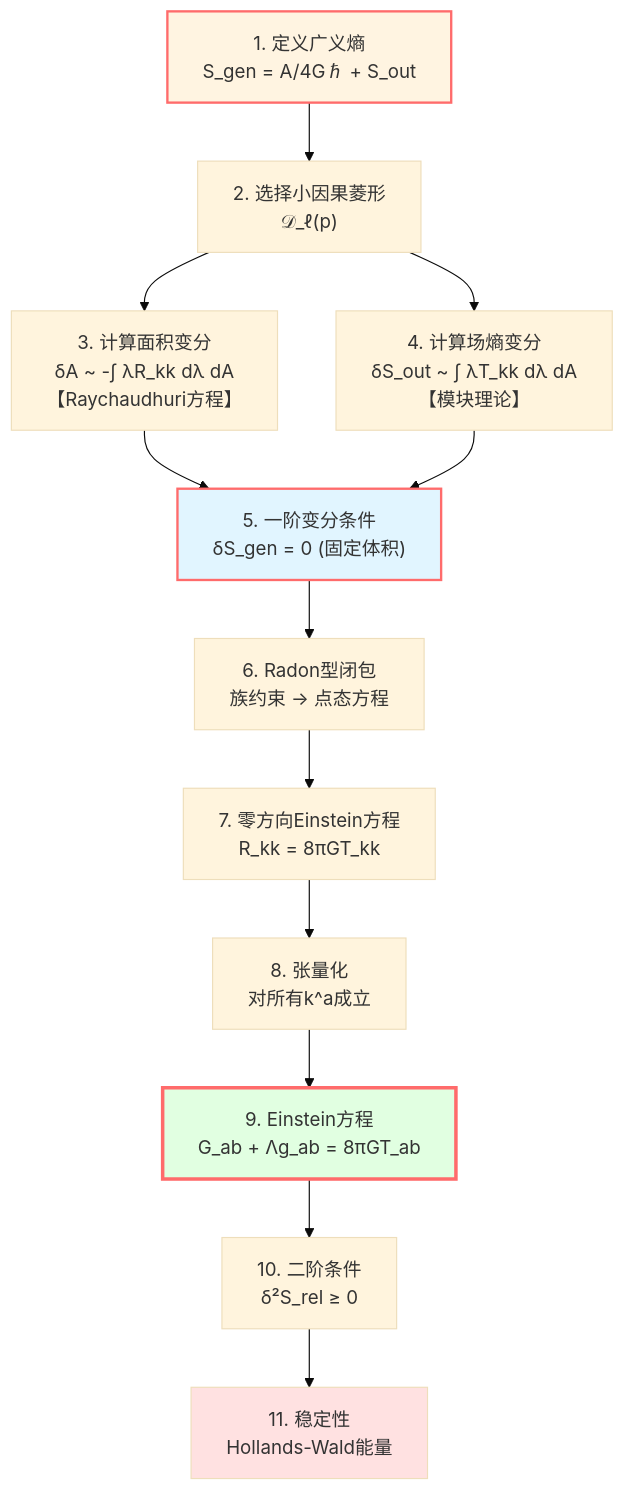
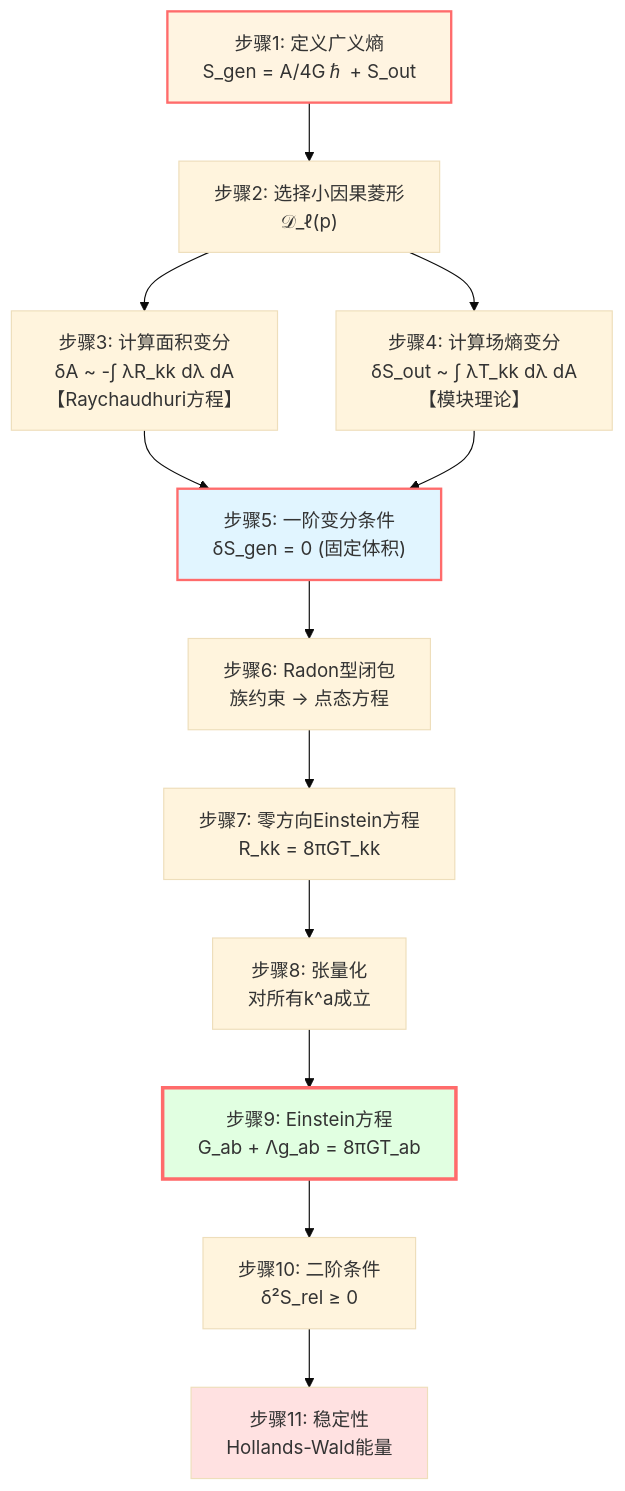
The second of 4 diagrams in docs/euler-article/gls-union/04-igvp-framework/00-igvp-overview.md (loning/zeckendorf-hilbert), drawn with Mermaid (base theme) before and after one commit. The commit also changed 26 other files, not shown here.

````diff
--- a/docs/euler-article/gls-union/04-igvp-framework/00-igvp-overview.md
+++ b/docs/euler-article/gls-union/04-igvp-framework/00-igvp-overview.md
@@ -121,22 +121,22 @@
 ```mermaid
 graph TB
-    S1["1. 定义广义熵<br/>S_gen = A/4Gℏ + S_out"] --> S2["2. 选择小因果菱形<br/>𝒟_ℓ(p)"]
-    S2 --> S3["3. 计算面积变分<br/>δA ~ -∫ λR_kk dλ dA<br/>【Raychaudhuri方程】"]
-    S2 --> S4["4. 计算场熵变分<br/>δS_out ~ ∫ λT_kk dλ dA<br/>【模块理论】"]
+    S1["步骤1: 定义广义熵<br/>S_gen = A/4Gℏ + S_out"] --> S2["步骤2: 选择小因果菱形<br/>𝒟_ℓ(p)"]
+    S2 --> S3["步骤3: 计算面积变分<br/>δA ~ -∫ λR_kk dλ dA<br/>【Raychaudhuri方程】"]
+    S2 --> S4["步骤4: 计算场熵变分<br/>δS_out ~ ∫ λT_kk dλ dA<br/>【模块理论】"]
 
-    S3 --> S5["5. 一阶变分条件<br/>δS_gen = 0 (固定体积)"]
+    S3 --> S5["步骤5: 一阶变分条件<br/>δS_gen = 0 (固定体积)"]
     S4 --> S5
 
-    S5 --> S6["6. Radon型闭包<br/>族约束 → 点态方程"]
-    S6 --> S7["7. 零方向Einstein方程<br/>R_kk = 8πGT_kk"]
-    S7 --> S8["8. 张量化<br/>对所有k^a成立"]
-    S8 --> S9["9. Einstein方程<br/>G_ab + Λg_ab = 8πGT_ab"]
+    S5 --> S6["步骤6: Radon型闭包<br/>族约束 → 点态方程"]
+    S6 --> S7["步骤7: 零方向Einstein方程<br/>R_kk = 8πGT_kk"]
+    S7 --> S8["步骤8: 张量化<br/>对所有k^a成立"]
+    S8 --> S9["步骤9: Einstein方程<br/>G_ab + Λg_ab = 8πGT_ab"]
 
-    S9 --> S10["10. 二阶条件<br/>δ²S_rel ≥ 0"]
-    S10 --> S11["11. 稳定性<br/>Hollands-Wald能量"]
+    S9 --> S10["步骤10: 二阶条件<br/>δ²S_rel ≥ 0"]
+    S10 --> S11["步骤11: 稳定性<br/>Hollands-Wald能量"]
 
     style S1 fill:#fff4e1,stroke:#ff6b6b,stroke-width:2px
     style S5 fill:#e1f5ff,stroke:#ff6b6b,stroke-width:2px
     style S9 fill:#e1ffe1,stroke:#ff6b6b,stroke-width:3px
     style S11 fill:#ffe1e1
 ```
````
